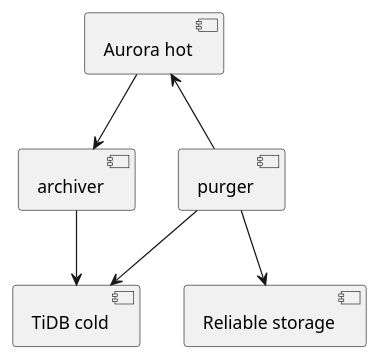
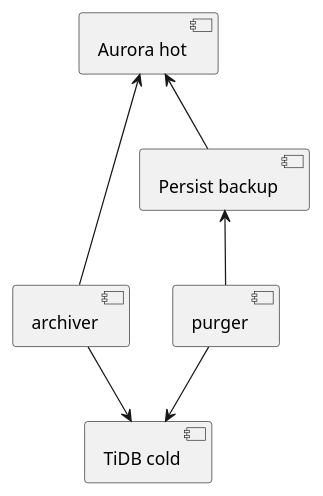
Before and after one commit to george24601/notes: the second of 4 diagrams in mgmt/plan.plantuml, drawn with PlantUML. The commit also changed 25 other files, not shown here.

```diff
--- a/mgmt/plan.plantuml
+++ b/mgmt/plan.plantuml
@@ -14,12 +14,12 @@
 @startuml
-[Aurora hot] --> [archiver]
+[Aurora hot] <-- [archiver]
+
+[Aurora hot] <-- [Persist backup]
 
 [archiver] --> [TiDB cold]
 
-[Aurora hot] <-- [purger] 
+[Persist backup] <-- [purger] 
 
 [purger] --> [TiDB cold]
 
-[purger] --> [Reliable storage]
-
 @enduml
```
